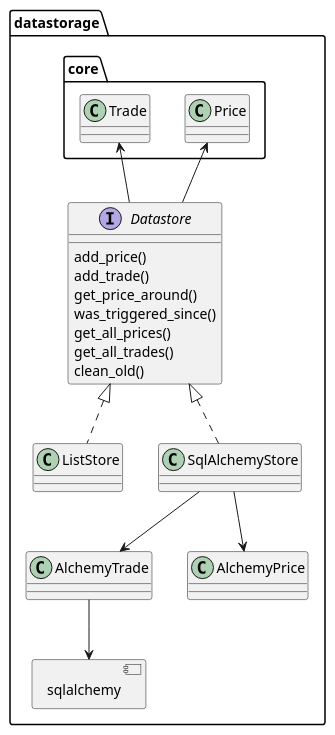
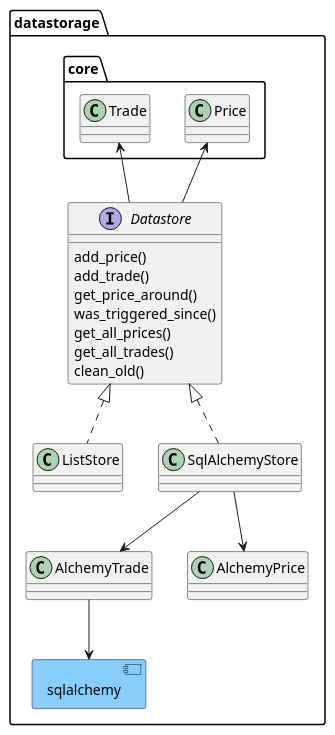
The diagram in docs/dev/graphs/datastore.puml (martin-ueding/vigilant-crypto-snatch), drawn with PlantUML before and after one commit. The commit also changed 6 other files, not shown here.

Commit message:
Add graph with components

```diff
--- a/docs/dev/graphs/datastore.puml
+++ b/docs/dev/graphs/datastore.puml
@@ -1,34 +1,34 @@
 @startuml
 
 allowmixing
 
 namespace datastorage {
-    component sqlalchemy
+    component sqlalchemy #lightskyblue
 
 interface Datastore {
     add_price()
     add_trade()
     get_price_around()
     was_triggered_since()
     get_all_prices()
     get_all_trades()
     clean_old()
 }
 class ListStore implements Datastore
 class SqlAlchemyStore implements Datastore
 
 core.Price <-- Datastore
 core.Trade <-- Datastore
 
 class AlchemyTrade
 class AlchemyPrice
 
 SqlAlchemyStore --> AlchemyTrade
 SqlAlchemyStore --> AlchemyPrice
 
 AlchemyTrade --> sqlalchemy
 
 
 }
 
 @enduml
```
